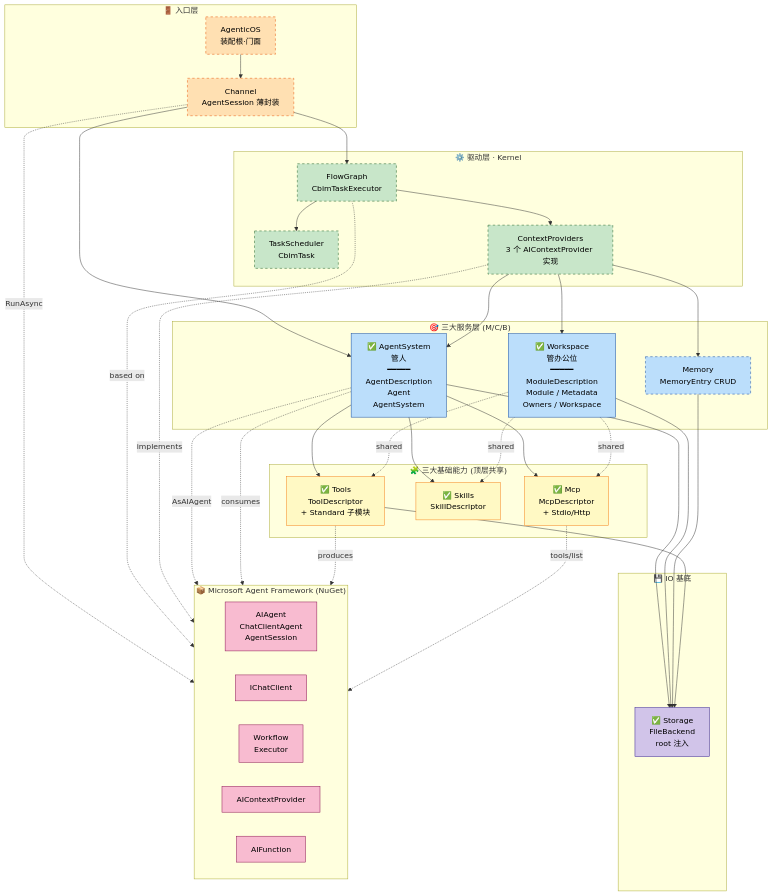
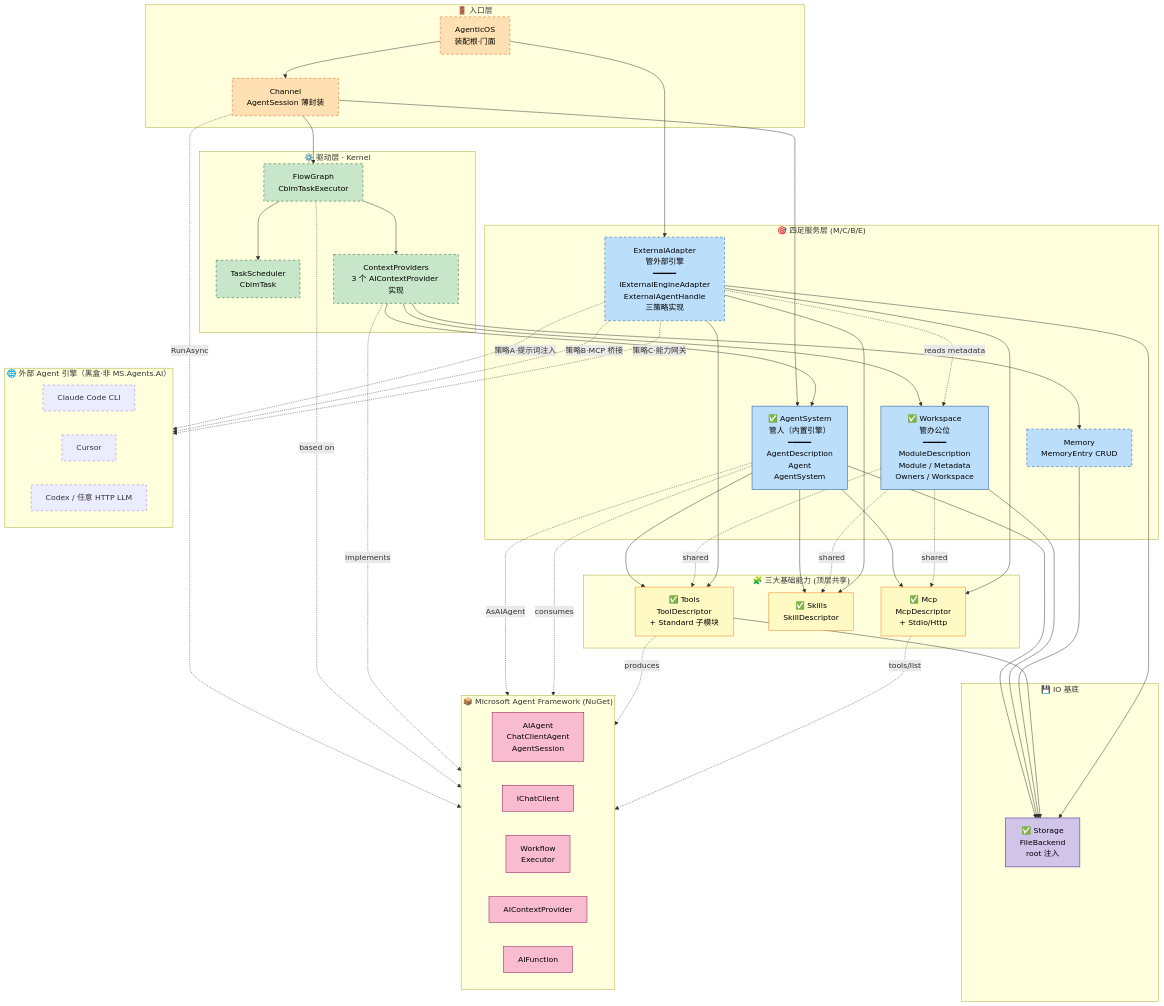
One commit to nan023062/agent-team-cc changed the first of 2 diagrams in v2/cbim/Assets/CBIM/_ARCHITECTURE.md. Above: the diagram before and after it, drawn with Mermaid. The commit also changed other lines of this file and 23 other files, not shown here.

First line of the commit message:
feat(v2): implement Memory/TaskScheduler/ContextProviders + add ExternalAdapter architecture

````diff
--- a/v2/cbim/Assets/CBIM/_ARCHITECTURE.md
+++ b/v2/cbim/Assets/CBIM/_ARCHITECTURE.md
@@ -44,10 +44,11 @@
         CP["ContextProviders<br/>3 个 AIContextProvider 实现"]
     end
 
-    subgraph ServiceLayer["🎯 三大服务层 (M/C/B)"]
+    subgraph ServiceLayer["🎯 四足服务层 (M/C/B/E)"]
         MEM["Memory<br/>MemoryEntry CRUD"]
-        AS["✅ AgentSystem<br/>管人<br/>━━━━━<br/>AgentDescription<br/>Agent<br/>AgentSystem"]
+        AS["✅ AgentSystem<br/>管人（内置引擎）<br/>━━━━━<br/>AgentDescription<br/>Agent<br/>AgentSystem"]
         WS["✅ Workspace<br/>管办公位<br/>━━━━━<br/>ModuleDescription<br/>Module / Metadata<br/>Owners / Workspace"]
+        EA["ExternalAdapter<br/>管外部引擎<br/>━━━━━<br/>IExternalEngineAdapter<br/>ExternalAgentHandle<br/>三策略实现"]
     end
 
     subgraph CapabilityLayer["🧩 三大基础能力 (顶层共享)"]
@@ -69,8 +70,16 @@
         MSFn["AIFunction"]
     end
 
+    subgraph ExternalEngines["🌐 外部 Agent 引擎（黑盒·非 MS.Agents.AI）"]
+        direction LR
+        EXT_CC["Claude Code CLI"]
+        EXT_CUR["Cursor"]
+        EXT_COD["Codex / 任意 HTTP LLM"]
+    end
+
     %% Entry → Driver / Service
     AOS --> CH
+    AOS --> EA
     CH --> AS
     CH --> FG
     CH -.RunAsync.-> MSAgent
@@ -108,11 +117,23 @@
     MEM --> STG
     T --> STG
 
+    %% ExternalAdapter 跨维度引用三大基础能力 + Workspace（只读）
+    EA --> SK
+    EA --> T
+    EA --> MCP
+    EA -.reads metadata.-> WS
+    EA --> STG
+
+    %% ExternalAdapter → 外部引擎（三策略·全部虚线 = 协议/进程边界）
+    EA -.策略A·提示词注入.-> EXT_CC
+    EA -.策略B·MCP 桥接.-> EXT_CUR
+    EA -.策略C·能力网关.-> EXT_COD
+
     class AOS,CH entry
     class TS,FG,CP driver
-    class AS,WS,MEM service
+    class AS,WS,MEM,EA service
     class T,SK,MCP capability
     class STG io
     class MSAgent,MSChat,MSWF,MSCP,MSFn msai
-    class TS,FG,CP,AOS,CH,MEM pending
+    class EXT_CC,EXT_CUR,EXT_COD,TS,FG,CP,AOS,CH,MEM,EA pending
 ```
````
